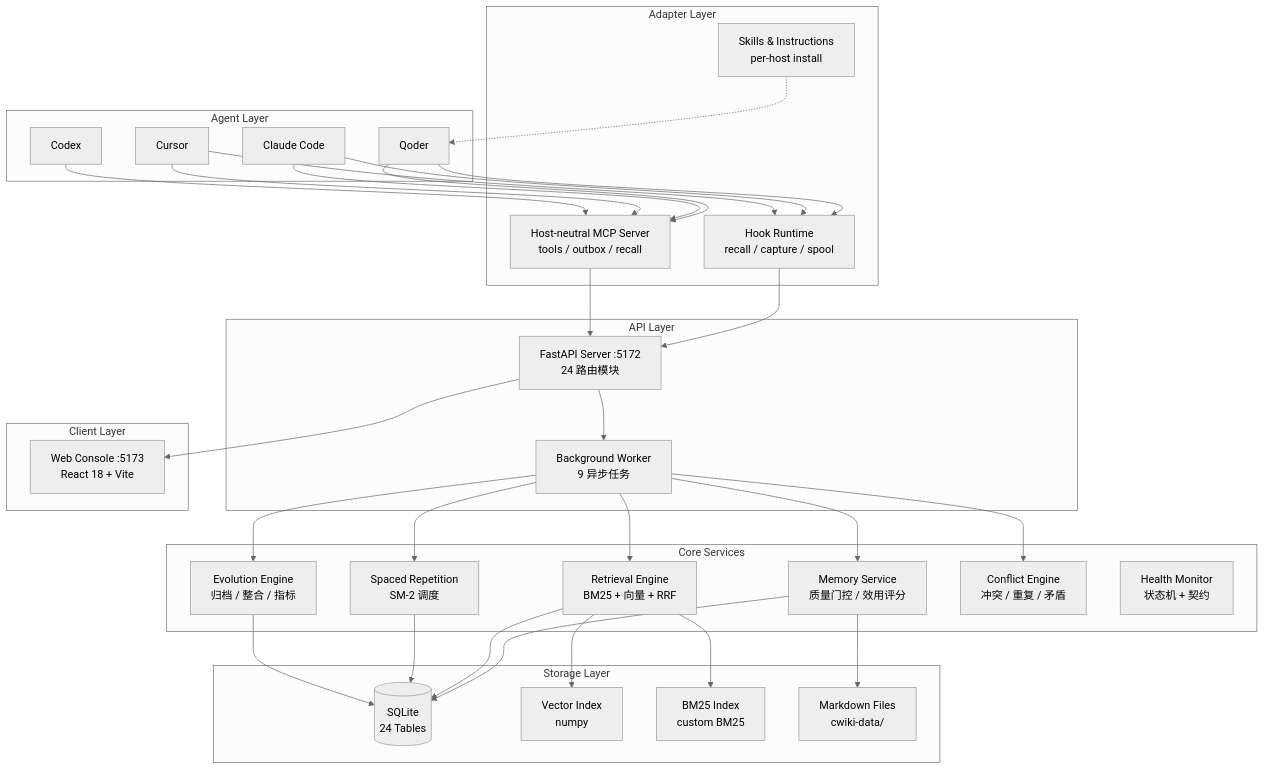
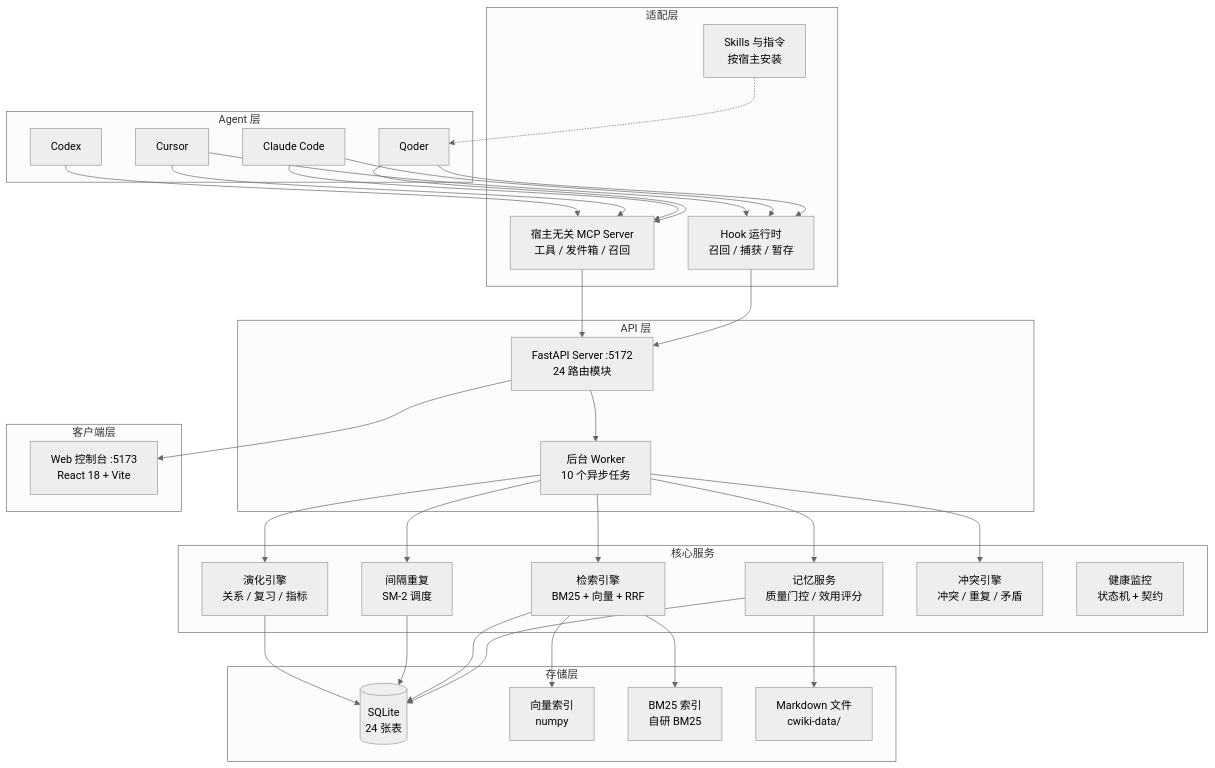
The diagram in README.md (Chance-Wu/cwiki), drawn with Mermaid (neutral theme) before and after one commit. The commit also changed other lines of this file and 274 other files, not shown here.

````diff
--- a/README.md
+++ b/README.md
@@ -56,68 +56,68 @@
 ```mermaid
 graph TB
-    subgraph "Agent Layer"
+    subgraph "Agent 层"
         Qoder[Qoder]
         Claude[Claude Code]
         Cursor[Cursor]
         Codex[Codex]
     end
 
-    subgraph "Adapter Layer"
-        MCP[Host-neutral MCP Server<br/>tools / outbox / recall]
-        Hooks[Hook Runtime<br/>recall / capture / spool]
-        Skills[Skills & Instructions<br/>per-host install]
+    subgraph "适配层"
+        MCP[宿主无关 MCP Server<br/>工具 / 发件箱 / 召回]
+        Hooks[Hook 运行时<br/>召回 / 捕获 / 暂存]
+        Skills[Skills 与指令<br/>按宿主安装]
     end
 
-    subgraph "API Layer"
+    subgraph "API 层"
         API[FastAPI Server :5172<br/>24 路由模块]
-        Worker[Background Worker<br/>9 异步任务]
+        Worker[后台 Worker<br/>10 个异步任务]
     end
 
-    subgraph "Core Services"
-        Memory[Memory Service<br/>质量门控 / 效用评分]
-        Retrieval[Retrieval Engine<br/>BM25 + 向量 + RRF]
-        Spaced[Spaced Repetition<br/>SM-2 调度]
-        Evolution[Evolution Engine<br/>归档 / 整合 / 指标]
-        Conflict[Conflict Engine<br/>冲突 / 重复 / 矛盾]
-        Health[Health Monitor<br/>状态机 + 契约]
+    subgraph "核心服务"
+        Memory[记忆服务<br/>质量门控 / 效用评分]
+        Retrieval[检索引擎<br/>BM25 + 向量 + RRF]
+        Spaced[间隔重复<br/>SM-2 调度]
+        Evolution[演化引擎<br/>关系 / 复习 / 指标]
+        Conflict[冲突引擎<br/>冲突 / 重复 / 矛盾]
+        Health[健康监控<br/>状态机 + 契约]
     end
 
-    subgraph "Storage Layer"
-        DB[(SQLite<br/>24 Tables)]
-        Vector[Vector Index<br/>numpy]
-        BM25[BM25 Index<br/>custom BM25]
-        Files[Markdown Files<br/>cwiki-data/]
+    subgraph "存储层"
+        DB[(SQLite<br/>24 张表)]
+        Vector[向量索引<br/>numpy]
+        BM25[BM25 索引<br/>自研 BM25]
+        Files[Markdown 文件<br/>cwiki-data/]
     end
 
-    subgraph "Client Layer"
-        WebUI[Web Console :5173<br/>React 18 + Vite]
+    subgraph "客户端层"
+        WebUI[Web 控制台 :5173<br/>React 18 + Vite]
     end
 
     Qoder --> MCP
     Claude --> MCP
     Cursor --> MCP
     Codex --> MCP
     Qoder --> Hooks
     Claude --> Hooks
     Cursor --> Hooks
     Hooks --> API
     MCP --> API
     Skills -.-> Qoder
 
     API --> Worker
     Worker --> Memory
     Worker --> Retrieval
     Worker --> Spaced
     Worker --> Evolution
     Worker --> Conflict
 
     Memory --> DB
     Memory --> Files
     Retrieval --> Vector
     Retrieval --> BM25
     Retrieval --> DB
     Spaced --> DB
     Evolution --> DB
 
     API --> WebUI
 ```
````
